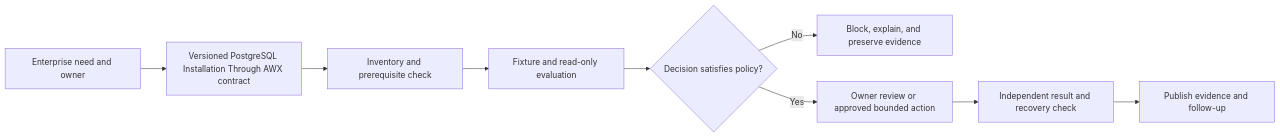
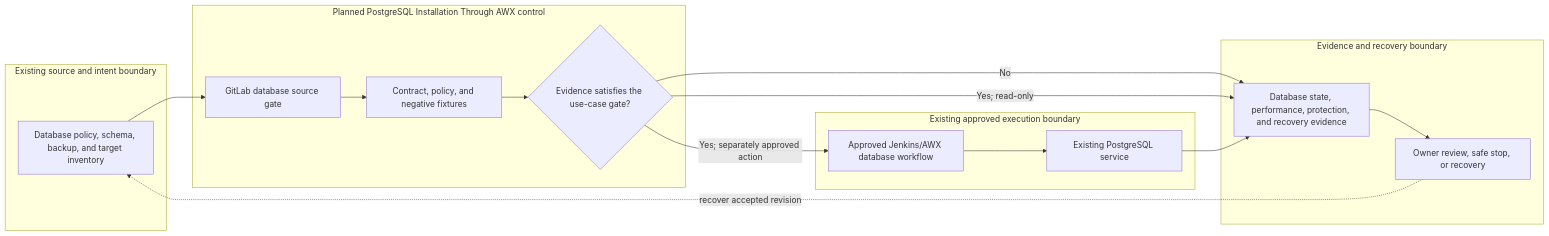
The diagram in docs/use-cases/database/UC-DB-002-postgresql-installation-through-awx.md (MIDHTECH/enterprise-architecture-docs), drawn with Mermaid before and after one commit. The commit also changed other lines of this file and 227 other files, not shown here.

Commit message:
Deepen architecture for all use case designs

````diff
--- a/docs/use-cases/database/UC-DB-002-postgresql-installation-through-awx.md
+++ b/docs/use-cases/database/UC-DB-002-postgresql-installation-through-awx.md
@@ -136,11 +129,25 @@
 ```mermaid
 flowchart LR
-    Need["Enterprise need and owner"] --> Contract["Versioned PostgreSQL Installation Through AWX contract"]
-    Contract --> Preflight["Inventory and prerequisite check"]
-    Preflight --> Evaluate["Fixture and read-only evaluation"]
-    Evaluate --> Decision{"Decision satisfies policy?"}
-    Decision -->|No| Stop["Block, explain, and preserve evidence"]
-    Decision -->|Yes| Review["Owner review or approved bounded action"]
-    Review --> Verify["Independent result and recovery check"]
-    Verify --> Publish["Publish evidence and follow-up"]
+    subgraph Source["Existing source and intent boundary"]
+        A["Database policy, schema, backup, and target inventory"]
+    end
+    subgraph Planned["Planned PostgreSQL Installation Through AWX control"]
+        B["GitLab database source gate"]
+        C["Contract, policy, and negative fixtures"]
+        D{"Evidence satisfies the use-case gate?"}
+    end
+    subgraph Runtime["Existing approved execution boundary"]
+        E["Approved Jenkins/AWX database workflow"]
+        F["Existing PostgreSQL service"]
+    end
+    subgraph Assurance["Evidence and recovery boundary"]
+        G["Database state, performance, protection, and recovery evidence"]
+        H["Owner review, safe stop, or recovery"]
+    end
+
+    A --> B --> C --> D
+    D -->|No| G --> H
+    D -->|Yes; read-only| G
+    D -->|Yes; separately approved action| E --> F --> G
+    H -. recover accepted revision .-> A
 ```
````
